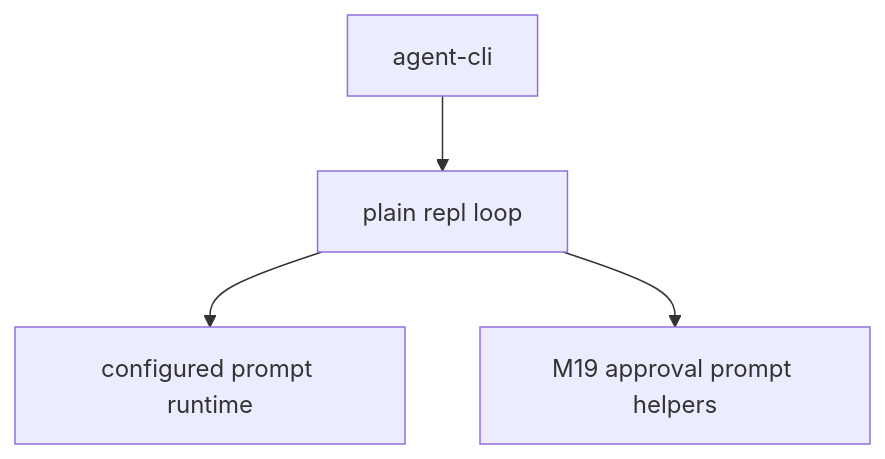
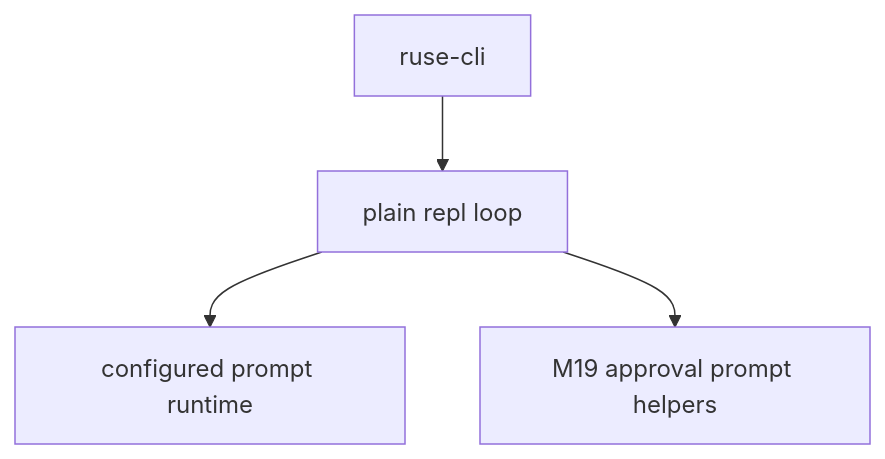
Before and after one commit to poneding/agent: the diagram in docs/specs/M20-07-plain-repl-fallback.spec.md, drawn with Mermaid. The commit also changed other lines of this file and 2091 other files, not shown here.

First line of the commit message:
refactor: rename agent branding to ruse

````diff
--- a/docs/specs/M20-07-plain-repl-fallback.spec.md
+++ b/docs/specs/M20-07-plain-repl-fallback.spec.md
@@ -31,6 +31,6 @@
 ```mermaid
 flowchart TD
-  CLI["agent-cli"] --> Plain["plain repl loop"]
+  CLI["ruse-cli"] --> Plain["plain repl loop"]
   Plain --> Prompt["configured prompt runtime"]
   Plain --> Approval["M19 approval prompt helpers"]
 ```
````
